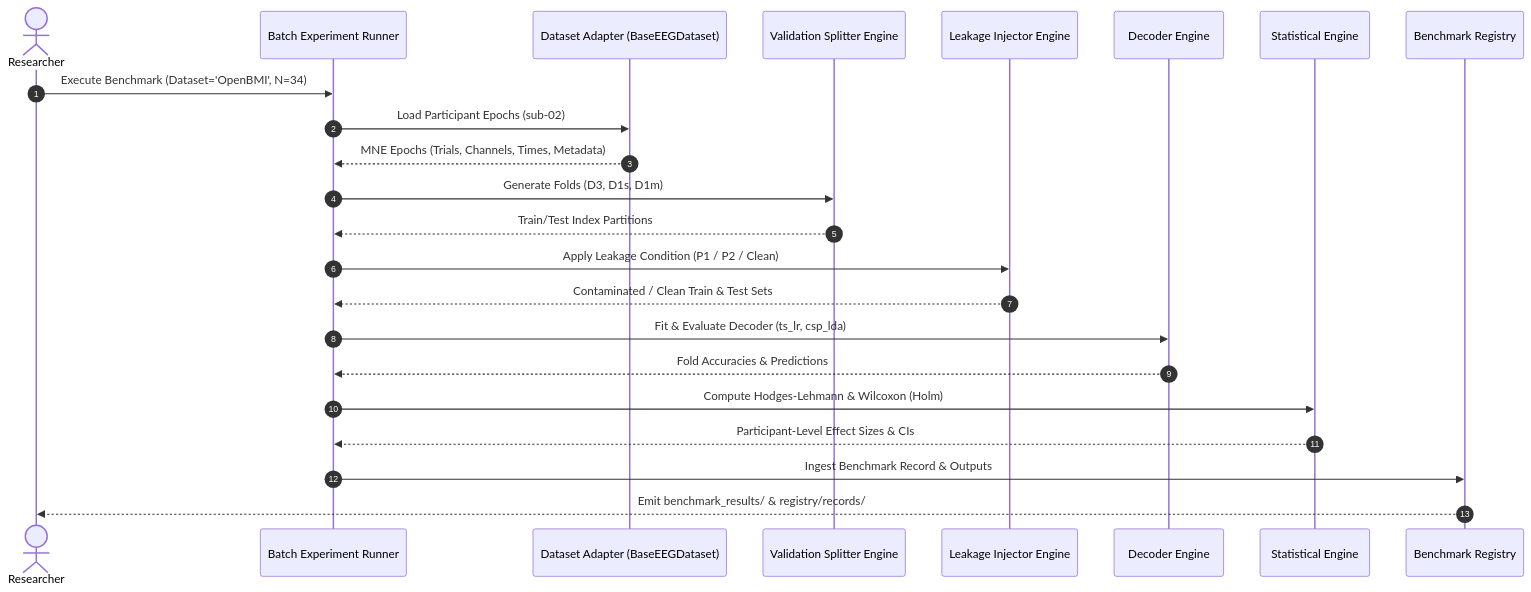
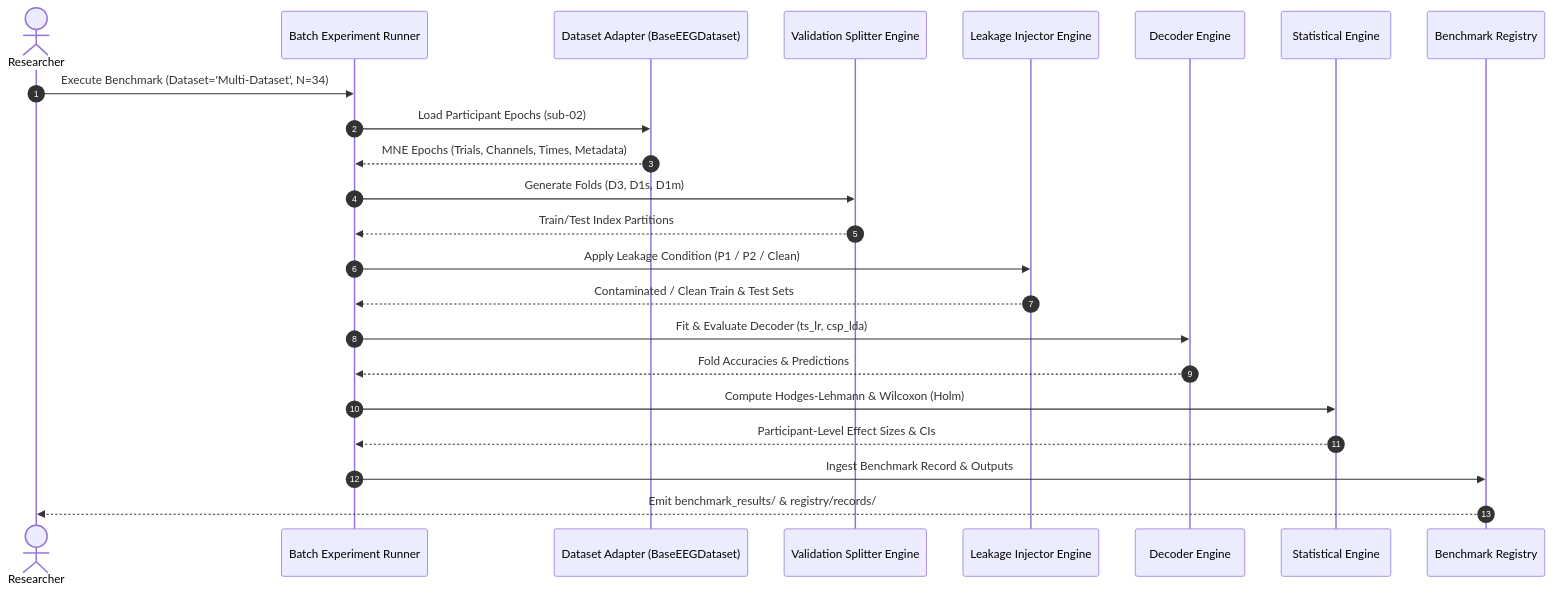
The second of 2 diagrams in docs/V2/V2_ARCHITECTURE_PLAN.md (JOYJIT-06/LeakCheck), drawn with Mermaid before and after one commit. The commit also changed other lines of this file and 122 other files, not shown here.

Commit message:
chore(scope): purge all OpenBMI artifacts, figures, benchmarks, and references from V1.1 branch

````diff
--- a/docs/V2/V2_ARCHITECTURE_PLAN.md
+++ b/docs/V2/V2_ARCHITECTURE_PLAN.md
@@ -156,26 +156,26 @@
 ```mermaid
 sequenceDiagram
     autonumber
     actor Researcher
     participant Runner as Batch Experiment Runner
     participant Adapter as Dataset Adapter (BaseEEGDataset)
     participant Splitter as Validation Splitter Engine
     participant Leak as Leakage Injector Engine
     participant Dec as Decoder Engine
     participant Stats as Statistical Engine
     participant Reg as Benchmark Registry
 
-    Researcher->>Runner: Execute Benchmark (Dataset='OpenBMI', N=34)
+    Researcher->>Runner: Execute Benchmark (Dataset='Multi-Dataset', N=34)
     Runner->>Adapter: Load Participant Epochs (sub-02)
     Adapter-->>Runner: MNE Epochs (Trials, Channels, Times, Metadata)
     Runner->>Splitter: Generate Folds (D3, D1s, D1m)
     Splitter-->>Runner: Train/Test Index Partitions
     Runner->>Leak: Apply Leakage Condition (P1 / P2 / Clean)
     Leak-->>Runner: Contaminated / Clean Train & Test Sets
     Runner->>Dec: Fit & Evaluate Decoder (ts_lr, csp_lda)
     Dec-->>Runner: Fold Accuracies & Predictions
     Runner->>Stats: Compute Hodges-Lehmann & Wilcoxon (Holm)
     Stats-->>Runner: Participant-Level Effect Sizes & CIs
     Runner->>Reg: Ingest Benchmark Record & Outputs
     Reg-->>Researcher: Emit benchmark_results/ & registry/records/
 ```
````
